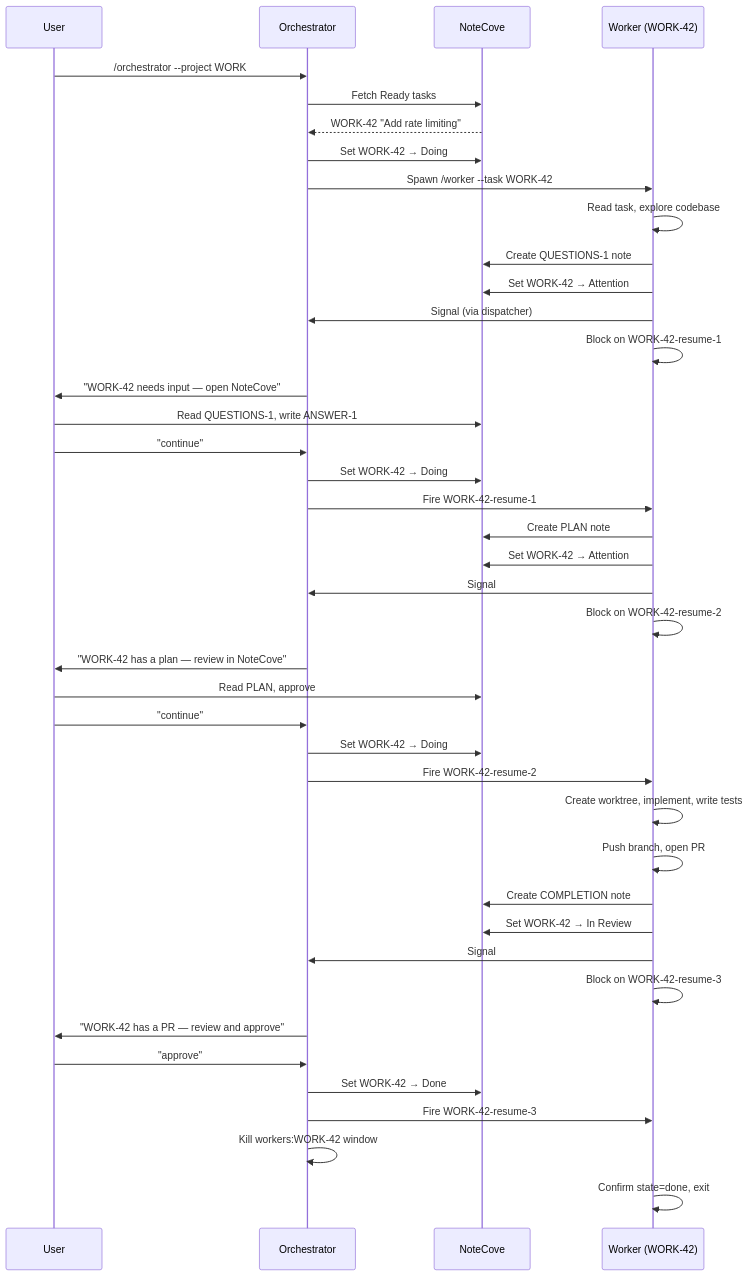
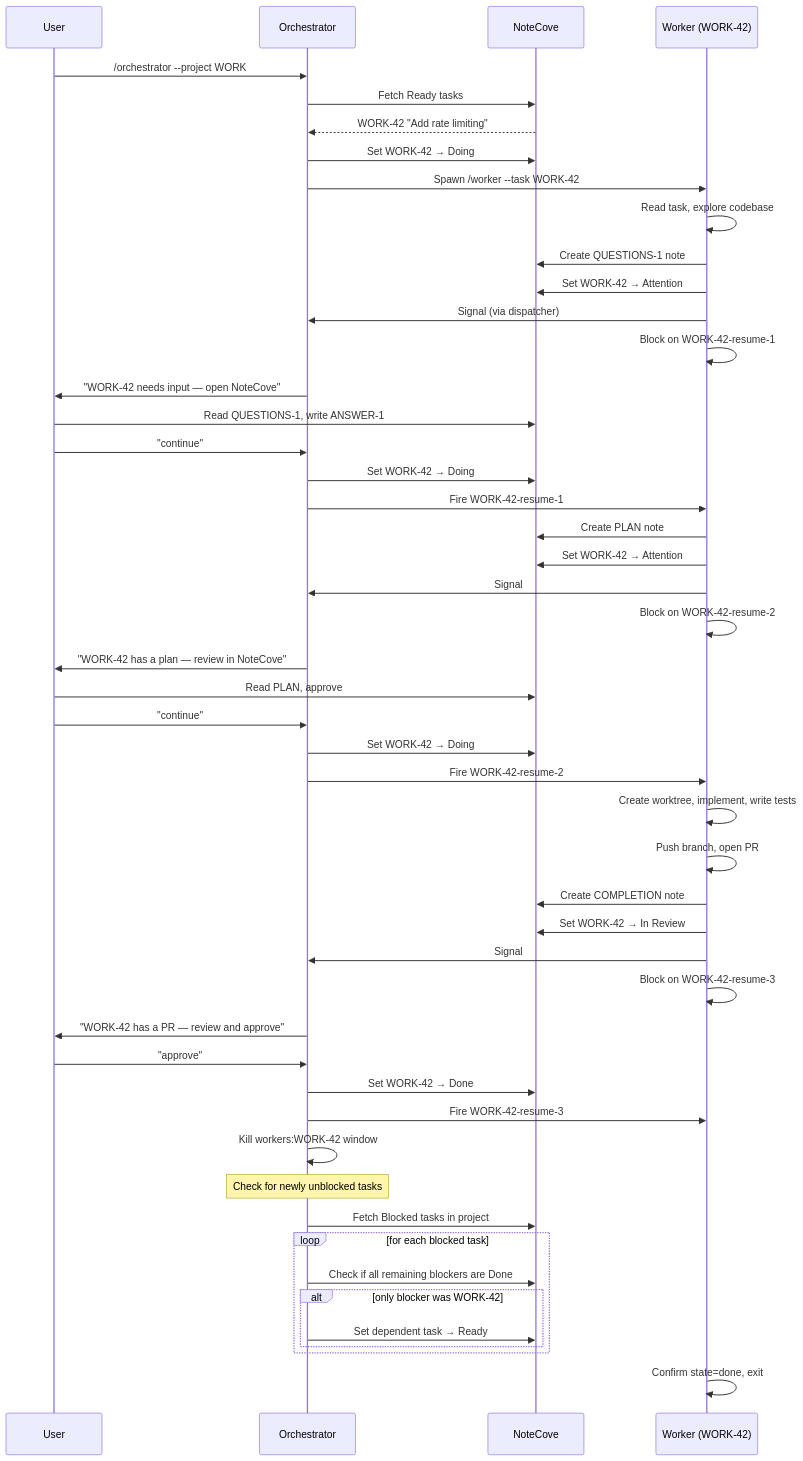
One commit to gara2000/agentmesh changed the ninth of 11 diagrams in docs/agentic-workflow.md. Above: the diagram before and after it, drawn with Mermaid.

Commit message:
docs: show dependent task unblocking after approval [WORK-3zw]
- In the end-to-end sequence diagram, add steps after the orchestrator
  marks a task Done: check Blocked tasks and transition to Ready any
  whose only remaining blocker was the just-completed task

````diff
--- a/docs/agentic-workflow.md
+++ b/docs/agentic-workflow.md
@@ -215,51 +215,60 @@
 ```mermaid
 sequenceDiagram
     participant U as User
     participant O as Orchestrator
     participant NC as NoteCove
     participant W as Worker (WORK-42)
 
     U->>O: /orchestrator --project WORK
     O->>NC: Fetch Ready tasks
     NC-->>O: WORK-42 "Add rate limiting"
     O->>NC: Set WORK-42 → Doing
     O->>W: Spawn /worker --task WORK-42
 
     W->>W: Read task, explore codebase
     W->>NC: Create QUESTIONS-1 note
     W->>NC: Set WORK-42 → Attention
     W->>O: Signal (via dispatcher)
     W->>W: Block on WORK-42-resume-1
 
     O->>U: "WORK-42 needs input — open NoteCove"
     U->>NC: Read QUESTIONS-1, write ANSWER-1
     U->>O: "continue"
     O->>NC: Set WORK-42 → Doing
     O->>W: Fire WORK-42-resume-1
 
     W->>NC: Create PLAN note
     W->>NC: Set WORK-42 → Attention
     W->>O: Signal
     W->>W: Block on WORK-42-resume-2
 
     O->>U: "WORK-42 has a plan — review in NoteCove"
     U->>NC: Read PLAN, approve
     U->>O: "continue"
     O->>NC: Set WORK-42 → Doing
     O->>W: Fire WORK-42-resume-2
 
     W->>W: Create worktree, implement, write tests
     W->>W: Push branch, open PR #17
     W->>NC: Create COMPLETION note
     W->>NC: Set WORK-42 → In Review
     W->>O: Signal
     W->>W: Block on WORK-42-resume-3
 
     O->>U: "WORK-42 has a PR — review and approve"
     U->>O: "approve"
     O->>NC: Set WORK-42 → Done
     O->>W: Fire WORK-42-resume-3
     O->>O: Kill workers:WORK-42 window
 
+    Note over O: Check for newly unblocked tasks
+    O->>NC: Fetch Blocked tasks in project
+    loop for each blocked task
+        O->>NC: Check if all remaining blockers are Done
+        alt only blocker was WORK-42
+            O->>NC: Set dependent task → Ready
+        end
+    end
+
     W->>W: Confirm state=done, exit
 ```
````
